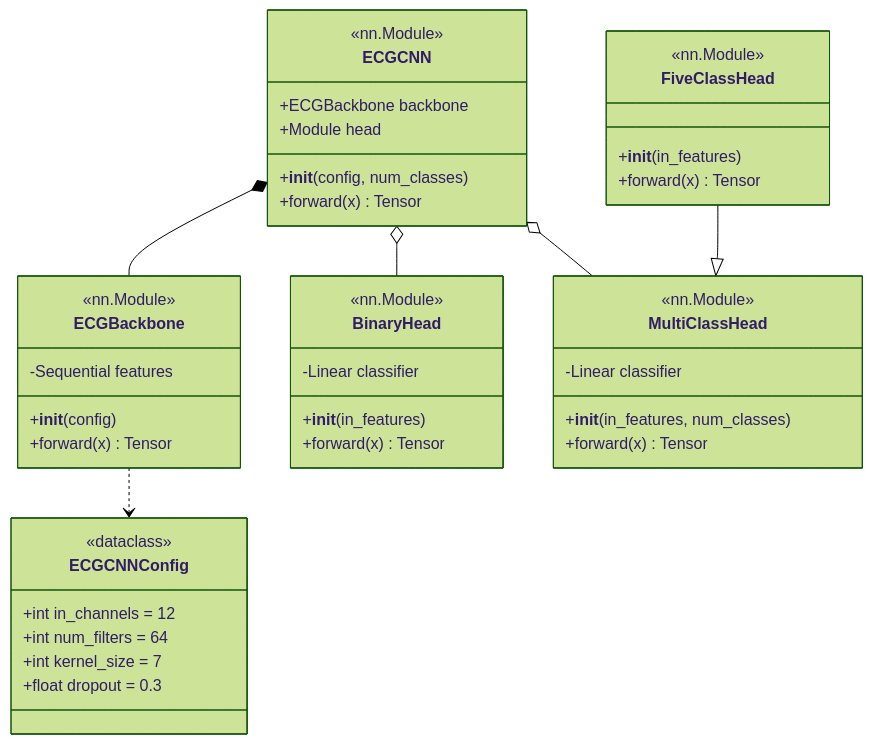
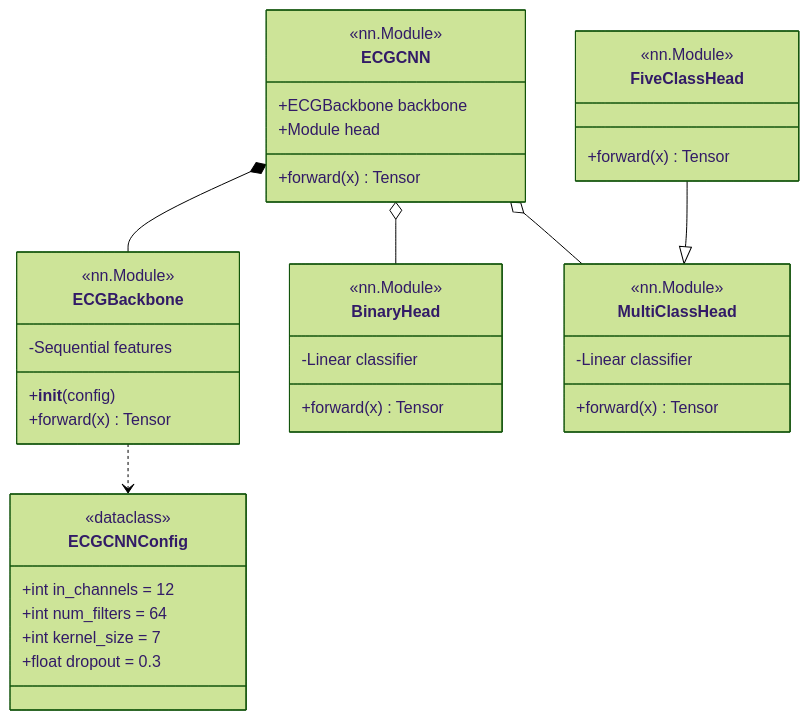
The second of 7 diagrams in docs/diagrams/03_class_diagram.md (mUsaulug/CardioGuard-AI), drawn with Mermaid (forest theme) before and after one commit. The commit also changed other lines of this file and 5 other files, not shown here.

````diff
--- a/docs/diagrams/03_class_diagram.md
+++ b/docs/diagrams/03_class_diagram.md
@@ -28,53 +48,47 @@
 ```mermaid
 classDiagram
-    direction TB
-    
     class ECGCNNConfig {
         <<dataclass>>
         +int in_channels = 12
         +int num_filters = 64
         +int kernel_size = 7
         +float dropout = 0.3
     }
     
     class ECGBackbone {
         <<nn.Module>>
         -Sequential features
         +__init__(config)
         +forward(x) Tensor
     }
     
     class BinaryHead {
         <<nn.Module>>
         -Linear classifier
-        +__init__(in_features)
         +forward(x) Tensor
     }
     
     class MultiClassHead {
         <<nn.Module>>
         -Linear classifier
-        +__init__(in_features, num_classes)
         +forward(x) Tensor
     }
     
     class FiveClassHead {
         <<nn.Module>>
-        +__init__(in_features)
         +forward(x) Tensor
     }
     
     class ECGCNN {
         <<nn.Module>>
         +ECGBackbone backbone
         +Module head
-        +__init__(config, num_classes)
         +forward(x) Tensor
     }
     
     ECGBackbone ..> ECGCNNConfig
     ECGCNN *-- ECGBackbone
     ECGCNN o-- BinaryHead
     ECGCNN o-- MultiClassHead
     FiveClassHead --|> MultiClassHead
 ```
````
